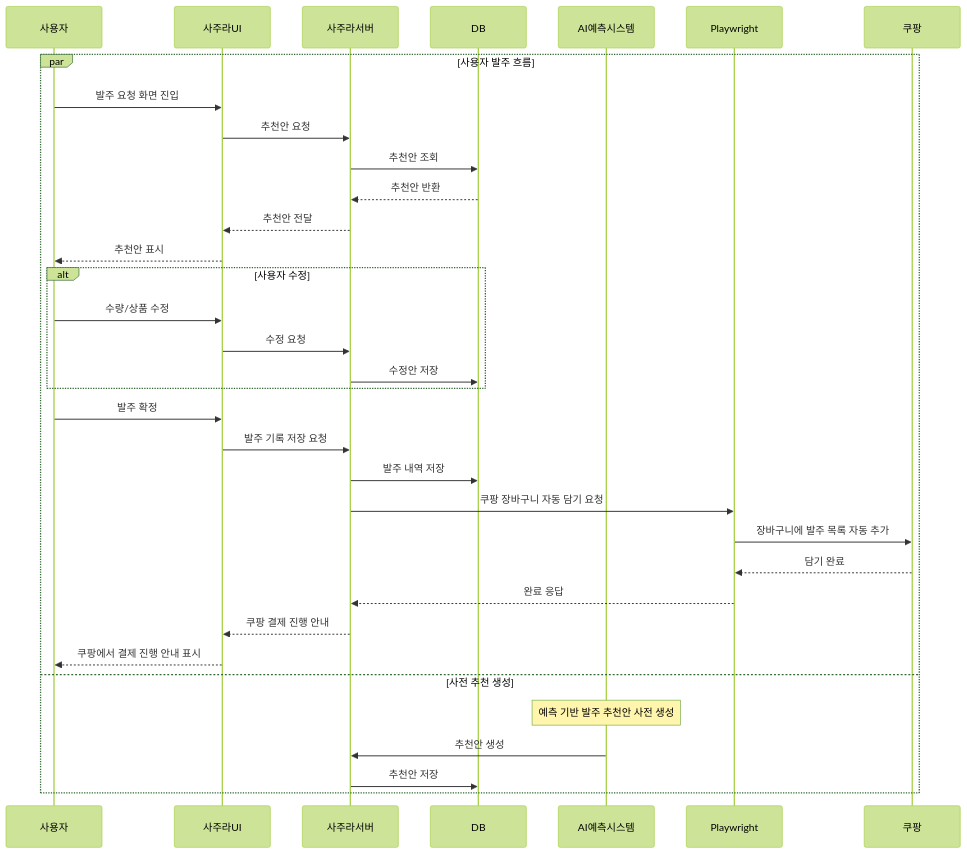
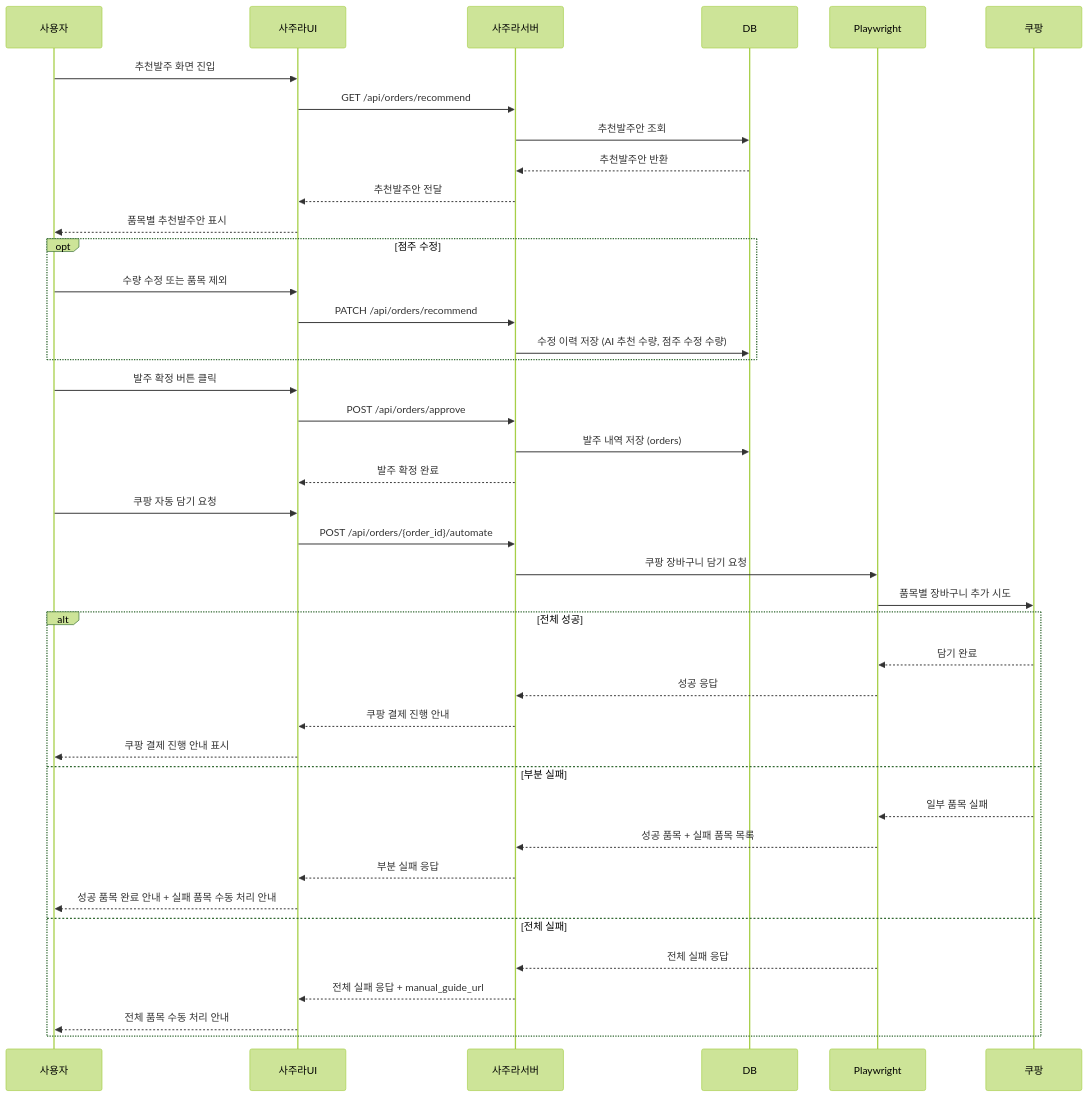
Before and after one commit to h-taek/CapstoneDesign_Sajura: the third of 7 diagrams in docs/07_flow/sequence.md, drawn with Mermaid (forest theme). The commit also changed other lines of this file and 11 other files, not shown here.

Commit message:
docs: update project documentation and architectural specifications across system design files

````diff
--- a/docs/07_flow/sequence.md
+++ b/docs/07_flow/sequence.md
@@ -94,40 +139,48 @@
 ```mermaid
 sequenceDiagram
     participant 사용자
     participant 사주라UI
     participant 사주라서버
     participant DB
-    participant AI예측시스템
     participant Playwright
     participant 쿠팡
 
-    par 사용자 발주 흐름
-        사용자->>사주라UI: 발주 요청 화면 진입
-        사주라UI->>사주라서버: 추천안 요청
-        사주라서버->>DB: 추천안 조회
-        DB-->>사주라서버: 추천안 반환
-        사주라서버-->>사주라UI: 추천안 전달
-        사주라UI-->>사용자: 추천안 표시
+    사용자->>사주라UI: 추천발주 화면 진입
+    사주라UI->>사주라서버: GET /api/orders/recommend
+    사주라서버->>DB: 추천발주안 조회
+    DB-->>사주라서버: 추천발주안 반환
+    사주라서버-->>사주라UI: 추천발주안 전달
+    사주라UI-->>사용자: 품목별 추천발주안 표시
 
-        alt 사용자 수정
-            사용자->>사주라UI: 수량/상품 수정
-            사주라UI->>사주라서버: 수정 요청
-            사주라서버->>DB: 수정안 저장
-        end
+    opt 점주 수정
+        사용자->>사주라UI: 수량 수정 또는 품목 제외
+        사주라UI->>사주라서버: PATCH /api/orders/recommend
+        사주라서버->>DB: 수정 이력 저장 (AI 추천 수량, 점주 수정 수량)
+    end
 
-        사용자->>사주라UI: 발주 확정
-        사주라UI->>사주라서버: 발주 기록 저장 요청
-        사주라서버->>DB: 발주 내역 저장
-        사주라서버->>Playwright: 쿠팡 장바구니 자동 담기 요청
-        Playwright->>쿠팡: 장바구니에 발주 목록 자동 추가
+    사용자->>사주라UI: 발주 확정 버튼 클릭
+    사주라UI->>사주라서버: POST /api/orders/approve
+    사주라서버->>DB: 발주 내역 저장 (orders)
+    사주라서버-->>사주라UI: 발주 확정 완료
+
+    사용자->>사주라UI: 쿠팡 자동 담기 요청
+    사주라UI->>사주라서버: POST /api/orders/{order_id}/automate
+    사주라서버->>Playwright: 쿠팡 장바구니 담기 요청
+    Playwright->>쿠팡: 품목별 장바구니 추가 시도
+
+    alt 전체 성공
         쿠팡-->>Playwright: 담기 완료
-        Playwright-->>사주라서버: 완료 응답
+        Playwright-->>사주라서버: 성공 응답
         사주라서버-->>사주라UI: 쿠팡 결제 진행 안내
-        사주라UI-->>사용자: 쿠팡에서 결제 진행 안내 표시
-
-    and 사전 추천 생성
-        Note over AI예측시스템: 예측 기반 발주 추천안 사전 생성
-        AI예측시스템->>사주라서버: 추천안 생성
-        사주라서버->>DB: 추천안 저장
+        사주라UI-->>사용자: 쿠팡 결제 진행 안내 표시
+    else 부분 실패
+        쿠팡-->>Playwright: 일부 품목 실패
+        Playwright-->>사주라서버: 성공 품목 + 실패 품목 목록
+        사주라서버-->>사주라UI: 부분 실패 응답
+        사주라UI-->>사용자: 성공 품목 완료 안내 + 실패 품목 수동 처리 안내
+    else 전체 실패
+        Playwright-->>사주라서버: 전체 실패 응답
+        사주라서버-->>사주라UI: 전체 실패 응답 + manual_guide_url
+        사주라UI-->>사용자: 전체 품목 수동 처리 안내
     end
 ```
````
